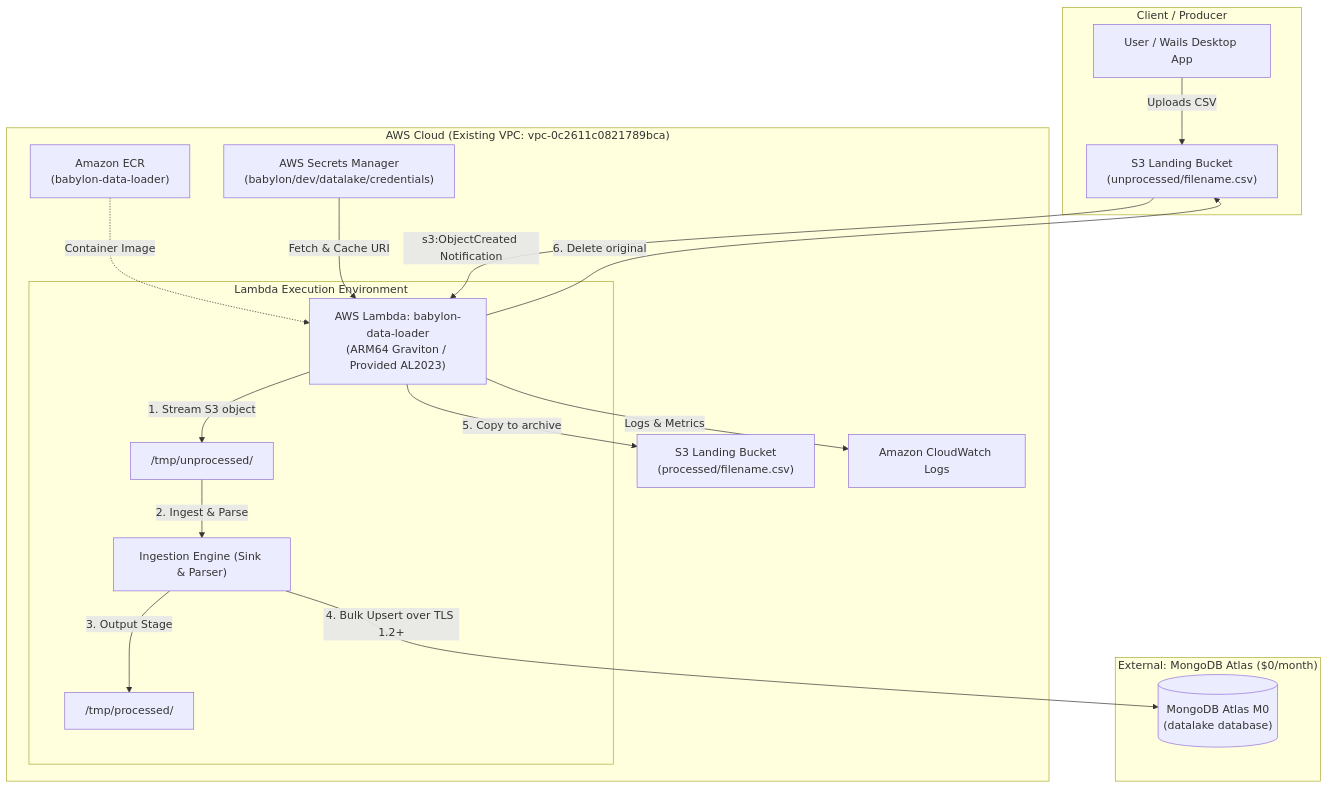
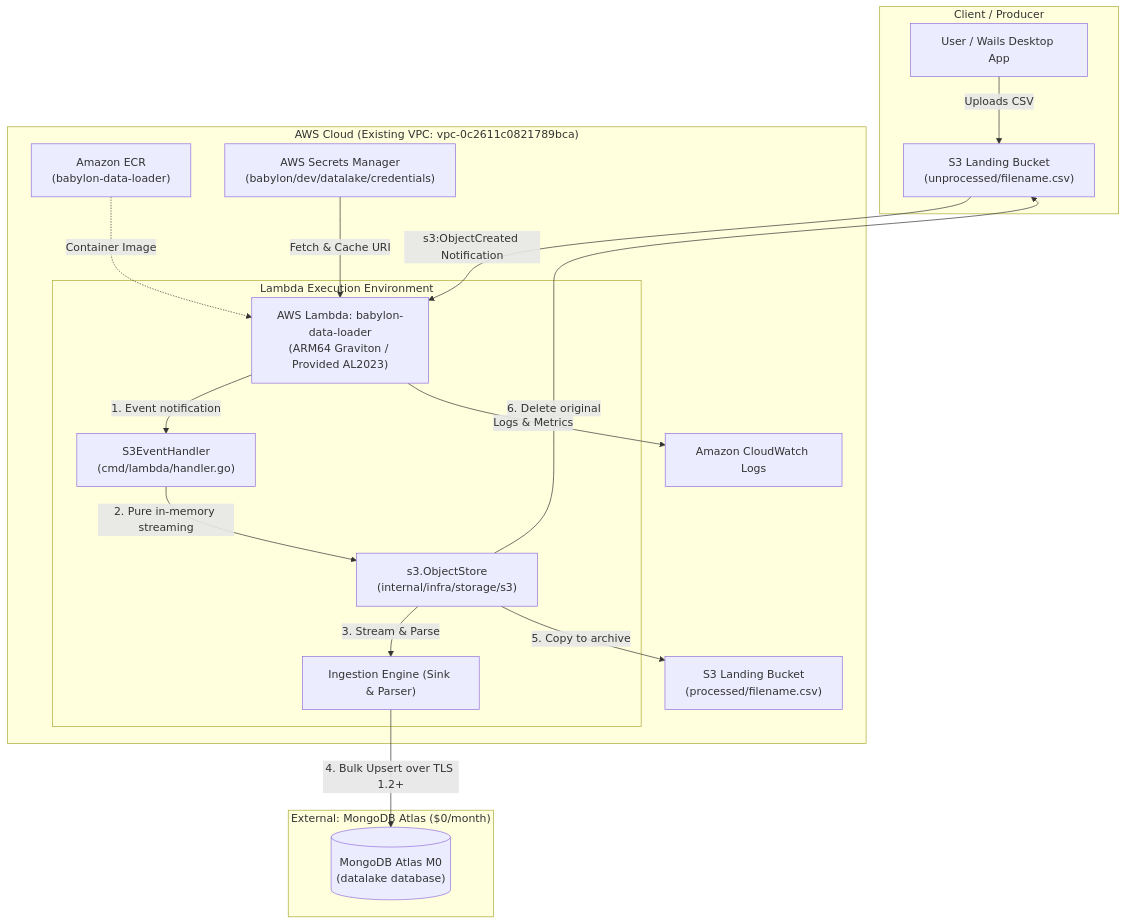
The first of 3 diagrams in docs/specs/data-loader-serverless-pipeline.md (ajponte/babylon_deploy), drawn with Mermaid before and after one commit. The commit also changed other lines of this file and 2 other files, not shown here.

First line of the commit message:
feat(data-loader): drop obsolete LAMBDA_TMP_DIR and sync serverless specs to in-memory streaming (#8)

````diff
--- a/docs/specs/data-loader-serverless-pipeline.md
+++ b/docs/specs/data-loader-serverless-pipeline.md
@@ -104,27 +104,27 @@
 ```mermaid
 graph TD
     subgraph "Client / Producer"
         User["User / Wails Desktop App"] -->|Uploads CSV| S3Landing["S3 Landing Bucket<br/>(unprocessed/filename.csv)"]
     end
 
     subgraph "External: MongoDB Atlas ($0/month)"
         AtlasDB[("MongoDB Atlas M0<br/>(datalake database)")]
     end
 
     subgraph "AWS Cloud (Existing VPC: vpc-0c2611c0821789bca)"
         S3Landing -->|s3:ObjectCreated Notification| LambdaHandler["AWS Lambda: babylon-data-loader<br/>(ARM64 Graviton / Provided AL2023)"]
         ECR["Amazon ECR<br/>(babylon-data-loader)"] -.->|Container Image| LambdaHandler
         SecretsMgr["AWS Secrets Manager<br/>(babylon/dev/datalake/credentials)"] -->|Fetch & Cache URI| LambdaHandler
 
         subgraph "Lambda Execution Environment"
-            LambdaHandler -->|1. Stream S3 object| TmpUnprocessed["/tmp/unprocessed/"]
-            TmpUnprocessed -->|2. Ingest & Parse| Engine["Ingestion Engine (Sink & Parser)"]
-            Engine -->|3. Output Stage| TmpProcessed["/tmp/processed/"]
+            LambdaHandler -->|1. Event notification| S3Handler["S3EventHandler<br/>(cmd/lambda/handler.go)"]
+            S3Handler -->|2. Pure in-memory streaming| S3Store["s3.ObjectStore<br/>(internal/infra/storage/s3)"]
+            S3Store -->|3. Stream & Parse| Engine["Ingestion Engine (Sink & Parser)"]
         end
 
         Engine -->|4. Bulk Upsert over TLS 1.2+| AtlasDB
-        LambdaHandler -->|5. Copy to archive| S3Processed["S3 Landing Bucket<br/>(processed/filename.csv)"]
-        LambdaHandler -->|6. Delete original| S3Landing
+        S3Store -->|5. Copy to archive| S3Processed["S3 Landing Bucket<br/>(processed/filename.csv)"]
+        S3Store -->|6. Delete original| S3Landing
         LambdaHandler -->|Logs & Metrics| CW["Amazon CloudWatch Logs"]
     end
 ```
````
